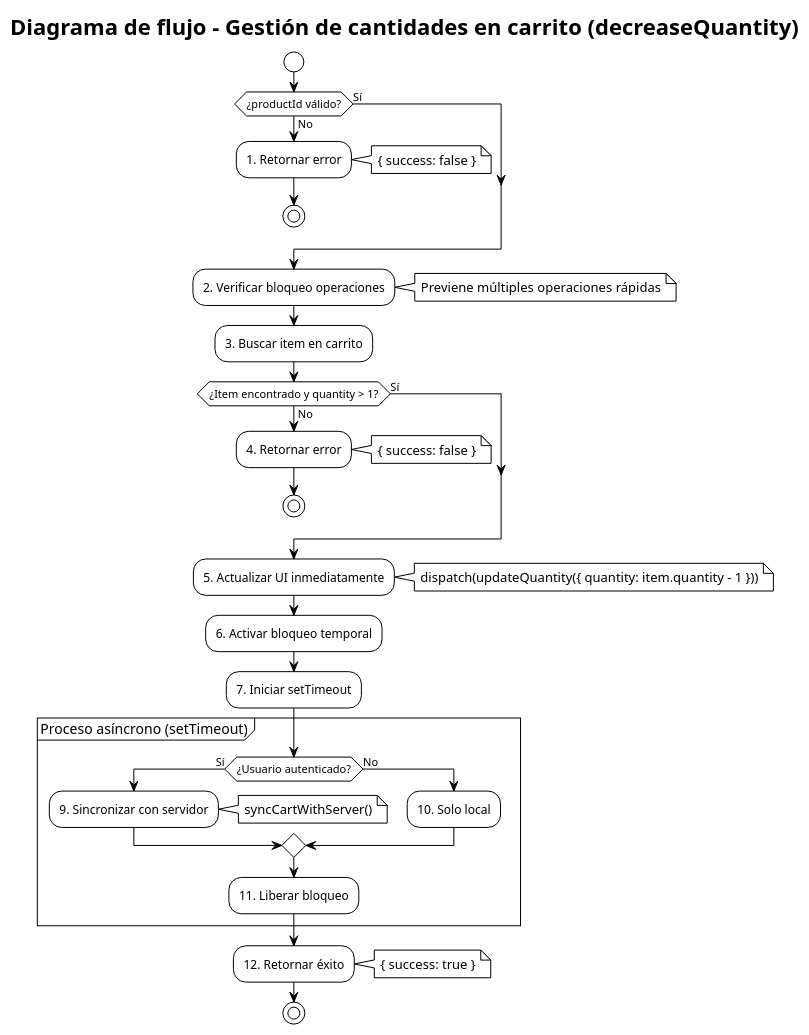
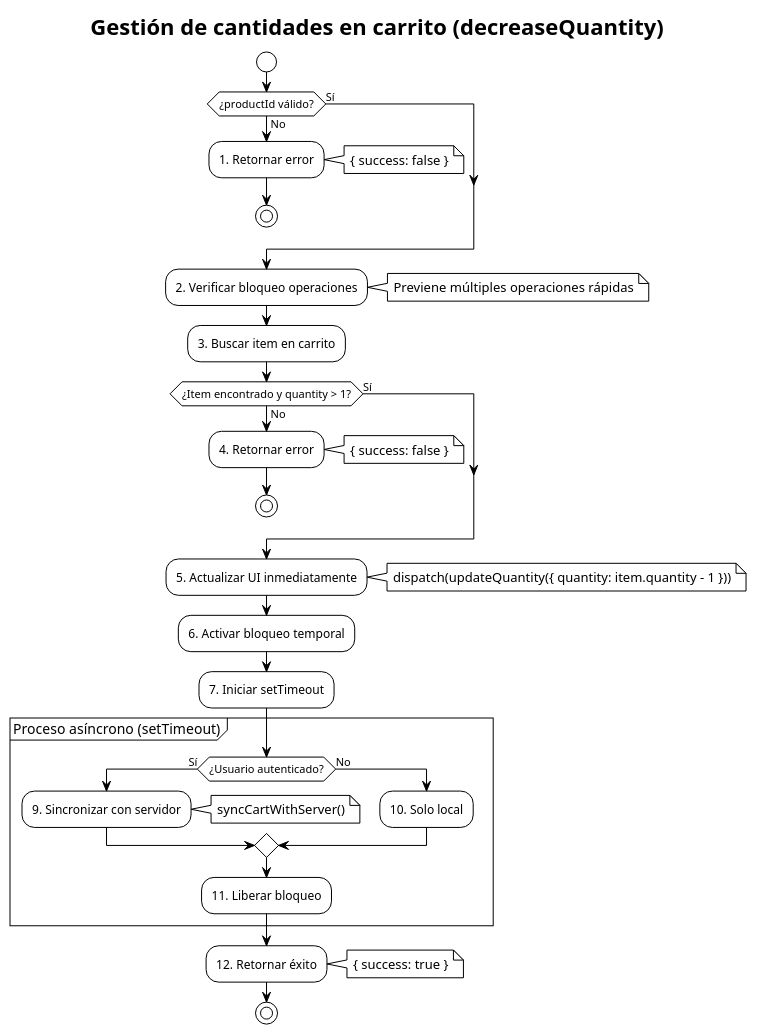
One commit to ValentinZurita/cactilia changed the diagram in pruebas-de-caja-blanca/diagramas/PCB-M-05-decrease.plantuml. Above: the diagram before and after it, drawn with PlantUML. The commit also changed 6 other files, not shown here.

```diff
--- a/pruebas-de-caja-blanca/diagramas/PCB-M-05-decrease.plantuml
+++ b/pruebas-de-caja-blanca/diagramas/PCB-M-05-decrease.plantuml
@@ -1,66 +1,66 @@
 @startuml
 !theme plain
 skinparam monochrome true
 skinparam shadowing false
 skinparam defaultFontName Arial
 skinparam ArrowFontSize 11
 
-title Diagrama de flujo - Gestión de cantidades en carrito (decreaseQuantity)
+title Gestión de cantidades en carrito (decreaseQuantity)
 
 start
 
 ' 1 - Validación inicial de ID
 if (¿productId válido?) then (No)
   :1. Retornar error;
   note right: { success: false }
   stop
 else (Sí)
 endif
 
 ' 2 - Verificación de bloqueo
 :2. Verificar bloqueo operaciones;
 note right: Previene múltiples operaciones rápidas
 
 ' 3 - Buscar producto en carrito
 :3. Buscar item en carrito;
 
 ' 4 - Verificar si existe y tiene cantidad > 1
 if (¿Item encontrado y quantity > 1?) then (No)
   :4. Retornar error;
   note right: { success: false }
   stop
 else (Sí)
 endif
 
 ' 5 - Actualización optimista
 :5. Actualizar UI inmediatamente;
 note right: dispatch(updateQuantity({ quantity: item.quantity - 1 }))
 
 ' 6 - Marcar como bloqueado
 :6. Activar bloqueo temporal;
 
 ' 7 - Iniciar proceso asíncrono
 :7. Iniciar setTimeout;
 
 partition "Proceso asíncrono (setTimeout)" {
   ' 8 - Decisión usuario autenticado
   if (¿Usuario autenticado?) then (Sí)
     ' 9 - Sincronizar carrito
     :9. Sincronizar con servidor;
     note right: syncCartWithServer()
   else (No)
     ' 10 - No sincronizar
     :10. Solo local;
   endif
   
   ' 11 - Liberar bloqueo
   :11. Liberar bloqueo;
 }
 
 ' 12 - Retornar éxito inmediato
 :12. Retornar éxito;
 note right: { success: true }
 
 stop
 
 @enduml
```
